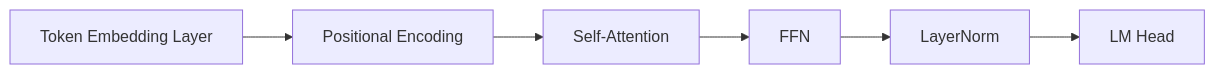
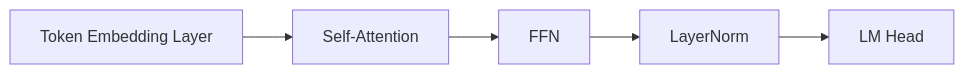
One commit to ChrisZhu2050/chriszhu2050.github.io changed the second of 13 diagrams in index.md. Above: the diagram before and after it, drawn with Mermaid.

````diff
--- a/index.md
+++ b/index.md
@@ -45,4 +45,4 @@
   ```mermaid
       graph LR
-          A["`Token Embedding Layer`"] --> B["`Positional Encoding`"] --> C["`Self-Attention`"] --> D["`FFN`"] --> E["`LayerNorm`"] --> F["`LM Head`"]
+          A["`Token Embedding Layer`"]  --> C["`Self-Attention`"] --> D["`FFN`"] --> E["`LayerNorm`"] --> F["`LM Head`"]
   ```  
````
